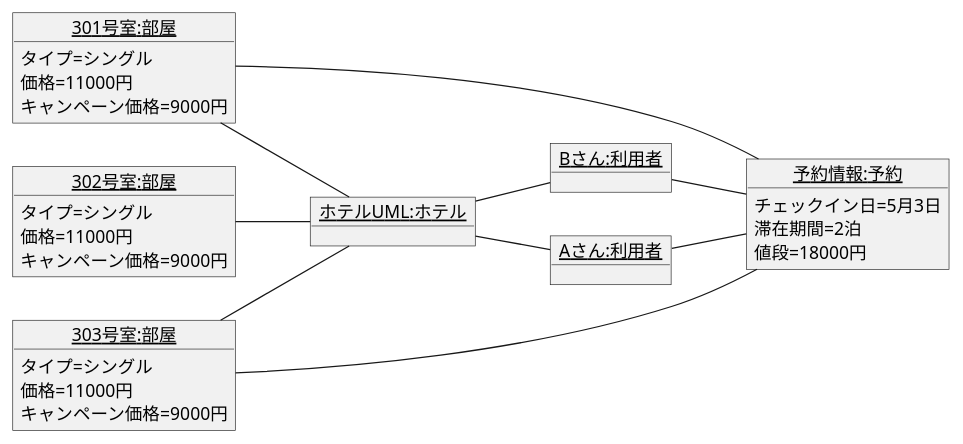
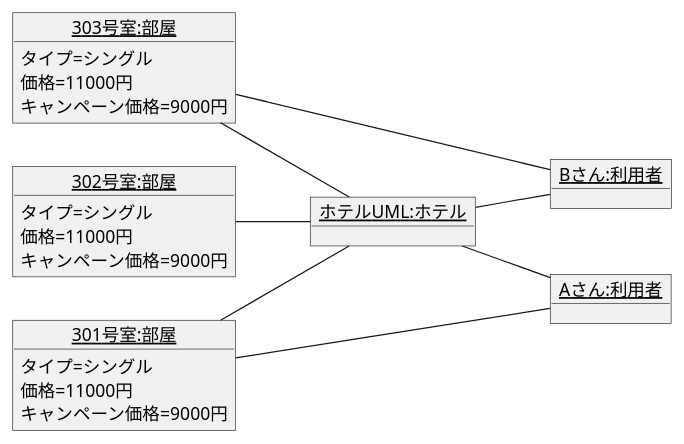
Before and after one commit to YumaSatou/uml-introduction: the diagram in 演習3-5_OBJ_ホテル宿泊予約.pu, drawn with PlantUML.

Commit message:
演習3-5

```diff
--- a/演習3-5_OBJ_ホテル宿泊予約.pu
+++ b/演習3-5_OBJ_ホテル宿泊予約.pu
@@ -1,44 +1,38 @@
 @startuml
 left to right direction
 object "<u>301号室:部屋</u>" as room1 {
     タイプ=シングル
     価格=11000円
     キャンペーン価格=9000円
 }
 object "<u>302号室:部屋</u>" as room2 {
     タイプ=シングル
     価格=11000円
     キャンペーン価格=9000円
 }
 object "<u>303号室:部屋</u>" as room3 {
     タイプ=シングル
     価格=11000円
     キャンペーン価格=9000円
 }
 object "<u>Aさん:利用者</u>" as guest1 {
     
 }
 object "<u>Bさん:利用者</u>" as guest2 {
     
 }
 object "<u>ホテルUML:ホテル" as hotel {
 
 }
-object "<u>予約情報:予約" as reserve {
-    チェックイン日=5月3日
-    滞在期間=2泊
-    値段=18000円
-}
+
 guest1 -up- hotel
 guest2 -up- hotel
 
-guest1 -- reserve
-guest2 -- reserve
 
 room1 -- hotel
 room2 -- hotel
 room3 -- hotel
 
-room1 -- reserve
-room3 -- reserve
+guest1 -left- room1
+guest2 -left- room3
 @enduml
```
